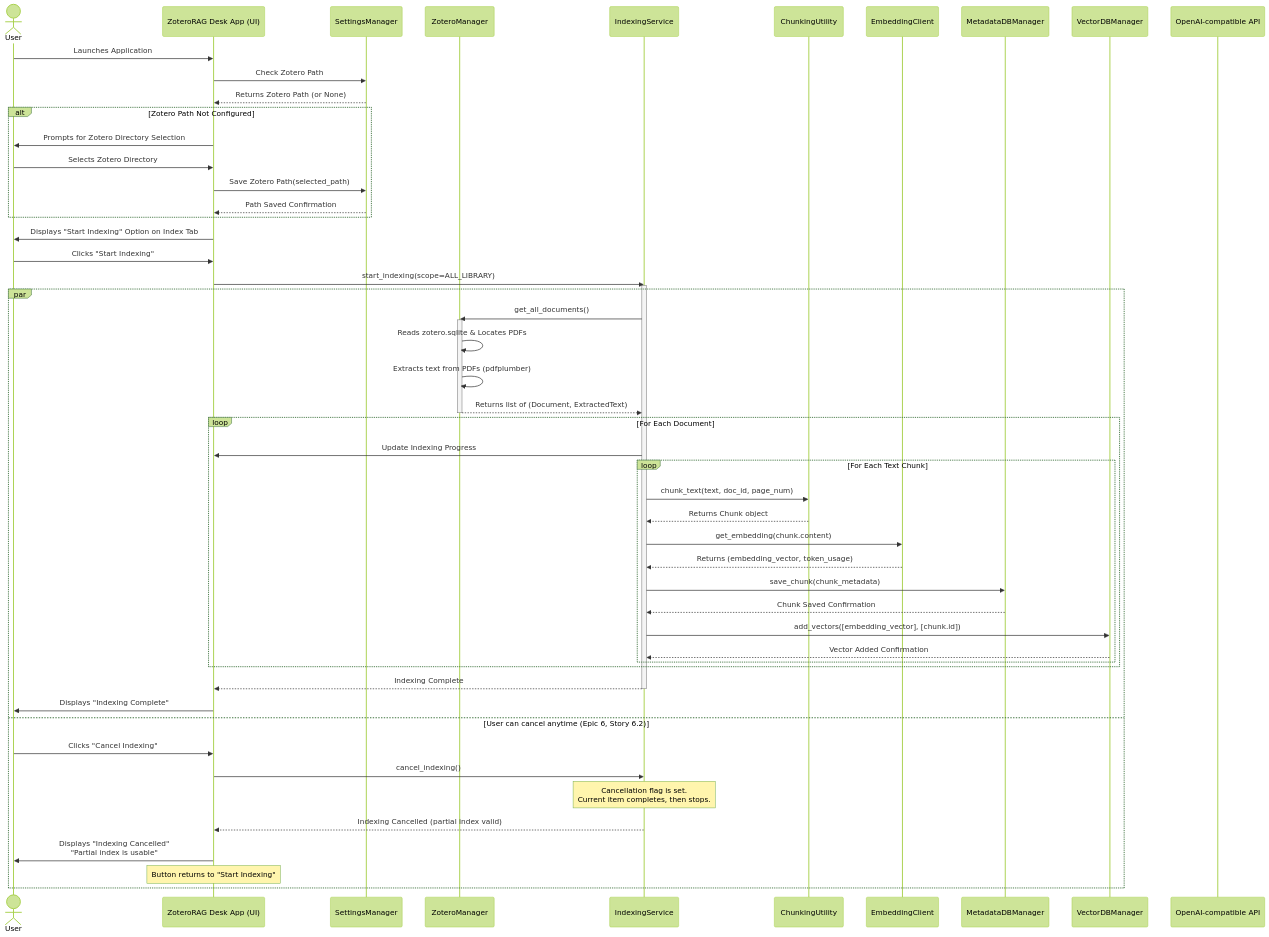
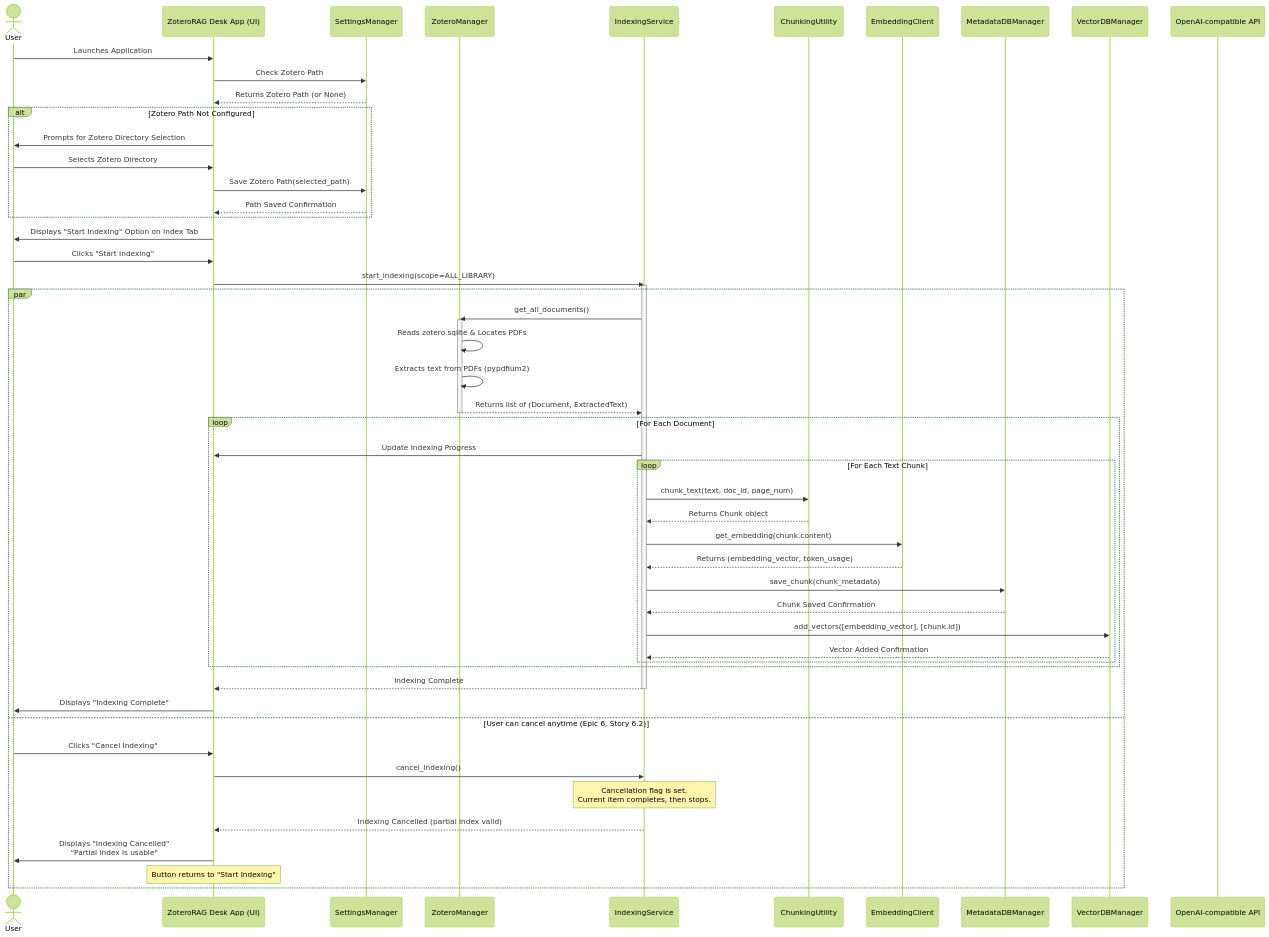
One commit to zzwwbs/ZoteroRAG changed the third of 5 diagrams in docs/architecture.md. Above: the diagram before and after it, drawn with Mermaid (forest theme). The commit also changed other lines of this file and 31 other files, not shown here.

````diff
--- a/docs/architecture.md
+++ b/docs/architecture.md
@@ -628,67 +629,67 @@
 ```mermaid
 sequenceDiagram
     actor User
     participant UI as ZoteroRAG Desk App (UI)
     participant SM as SettingsManager
     participant ZM as ZoteroManager
     participant IS as IndexingService
     participant CU as ChunkingUtility
     participant EC as EmbeddingClient
     participant MDM as MetadataDBManager
     participant VDM as VectorDBManager
     participant OAI as OpenAI-compatible API
 
     User->>UI: Launches Application
     UI->>SM: Check Zotero Path
     SM-->>UI: Returns Zotero Path (or None)
 
     alt Zotero Path Not Configured
         UI->>User: Prompts for Zotero Directory Selection
         User->>UI: Selects Zotero Directory
         UI->>SM: Save Zotero Path(selected_path)
         SM-->>UI: Path Saved Confirmation
     end
 
     UI->>User: Displays "Start Indexing" Option on Index Tab
     User->>UI: Clicks "Start Indexing"
     UI->>IS: start_indexing(scope=ALL_LIBRARY)
     activate IS
 
     par
         IS->>ZM: get_all_documents()
         activate ZM
         ZM->>ZM: Reads zotero.sqlite & Locates PDFs
-        ZM->>ZM: Extracts text from PDFs (pdfplumber)
+        ZM->>ZM: Extracts text from PDFs (pypdfium2)
         ZM-->>IS: Returns list of (Document, ExtractedText)
         deactivate ZM
 
         loop For Each Document
             IS->>UI: Update Indexing Progress
 
             loop For Each Text Chunk
                 IS->>CU: chunk_text(text, doc_id, page_num)
                 CU-->>IS: Returns Chunk object
 
                 IS->>EC: get_embedding(chunk.content)
                 EC-->>IS: Returns (embedding_vector, token_usage)
 
                 IS->>MDM: save_chunk(chunk_metadata)
                 MDM-->>IS: Chunk Saved Confirmation
 
                 IS->>VDM: add_vectors([embedding_vector], [chunk.id])
                 VDM-->>IS: Vector Added Confirmation
             end
         end
         IS-->>UI: Indexing Complete
         deactivate IS
         UI->>User: Displays "Indexing Complete"
 
     and User can cancel anytime (Epic 6, Story 6.2)
         User->>UI: Clicks "Cancel Indexing"
         UI->>IS: cancel_indexing()
         Note over IS: Cancellation flag is set.<br/>Current item completes, then stops.
         IS-->>UI: Indexing Cancelled (partial index valid)
         UI->>User: Displays "Indexing Cancelled"<br/>"Partial index is usable"
         Note over UI: Button returns to "Start Indexing"
     end
 ```
````
